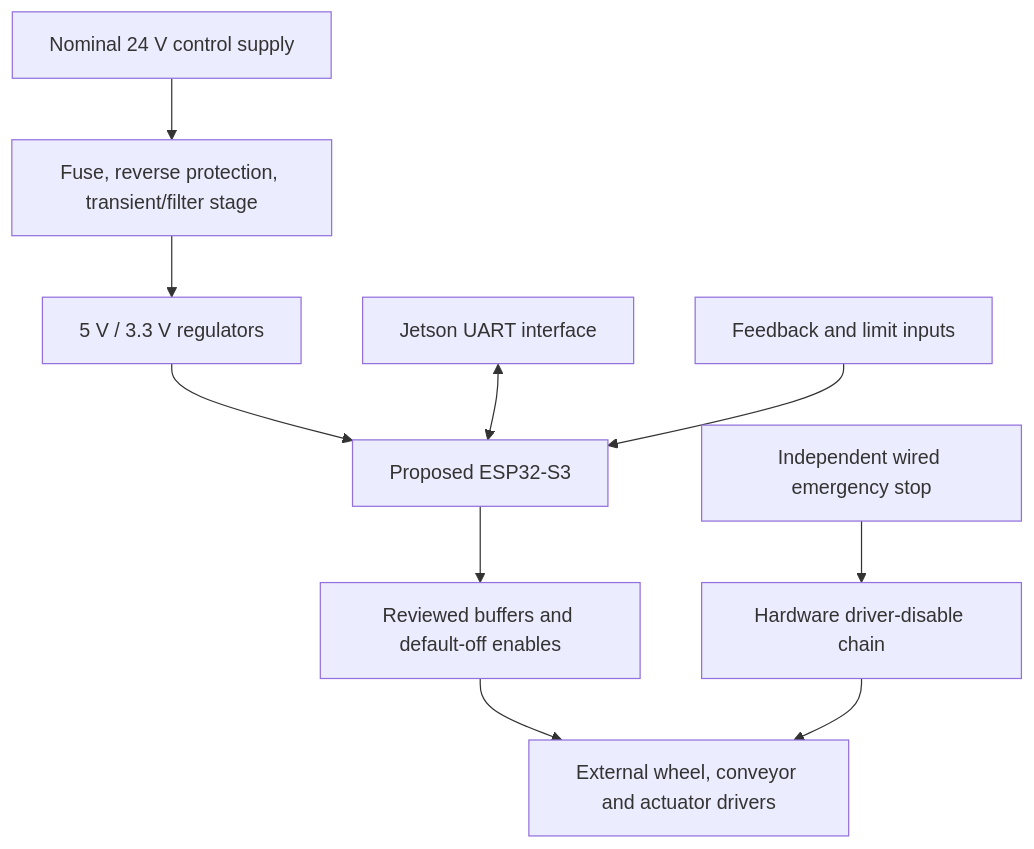
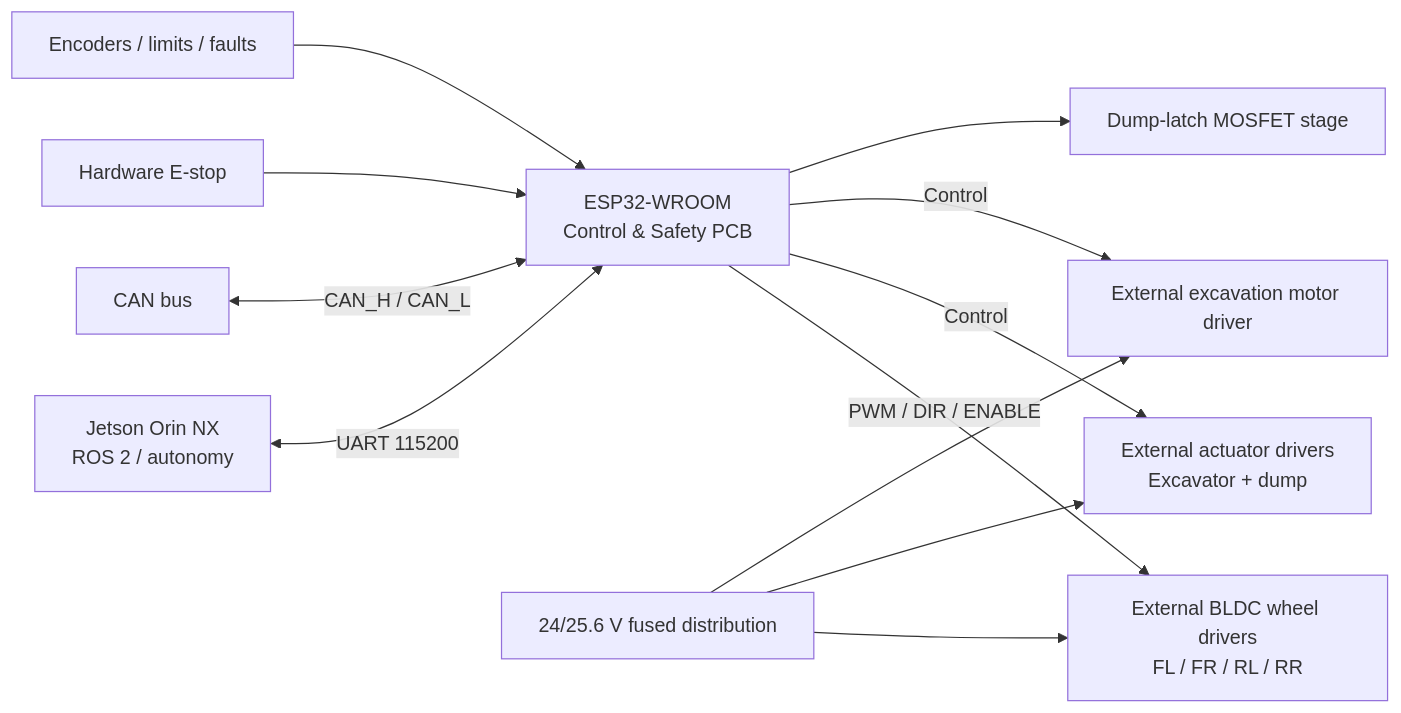
The diagram in hardware/rover_control_pcb/README.md (Matthew-Garcia/NASA-Lunabotics-UHCL-Lunar-Hawks), drawn with Mermaid before and after one commit. The commit also changed other lines of this file, not shown here.

Commit message:
Update Rev A rover control PCB documentation and status

````diff
--- a/hardware/rover_control_pcb/README.md
+++ b/hardware/rover_control_pcb/README.md
@@ -9,12 +29,14 @@
-~~~mermaid
-flowchart TD
-    Supply["Nominal 24 V control supply"] --> Protect["Fuse, reverse protection, transient/filter stage"]
-    Protect --> Rails["5 V / 3.3 V regulators"]
-    Rails --> MCU["Proposed ESP32-S3"]
-    Jetson["Jetson UART interface"] <--> MCU
-    MCU --> Buffer["Reviewed buffers and default-off enables"]
-    Buffer --> Drivers["External wheel, conveyor and actuator drivers"]
-    Estop["Independent wired emergency stop"] --> Disable["Hardware driver-disable chain"]
-    Disable --> Drivers
-    Sensors["Feedback and limit inputs"] --> MCU
-~~~
+```mermaid
+flowchart LR
+    Jetson["Jetson Orin NX\nROS 2 / autonomy"] <-->|UART 115200| PCB["ESP32-WROOM\nControl & Safety PCB"]
+    CAN["CAN bus"] <-->|CAN_H / CAN_L| PCB
+    ESTOP["Hardware E-stop"] --> PCB
+    Sensors["Encoders / limits / faults"] --> PCB
+    PCB -->|PWM / DIR / ENABLE| Wheel["External BLDC wheel drivers\nFL / FR / RL / RR"]
+    PCB -->|Control| Act["External actuator drivers\nExcavator + dump"]
+    PCB -->|Control| Excavator["External excavation motor driver"]
+    PCB --> Latch["Dump-latch MOSFET stage"]
+    Battery["24/25.6 V fused distribution"] --> Wheel
+    Battery --> Act
+    Battery --> Excavator
+```
````
